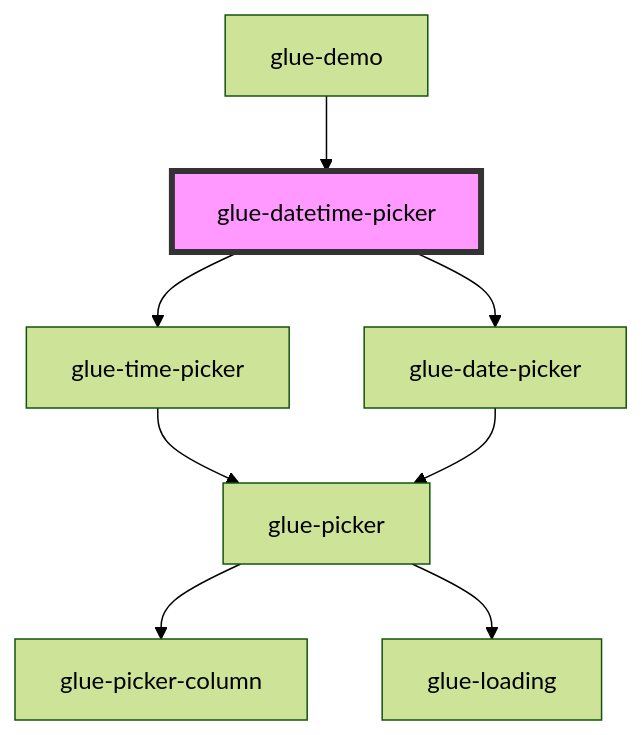
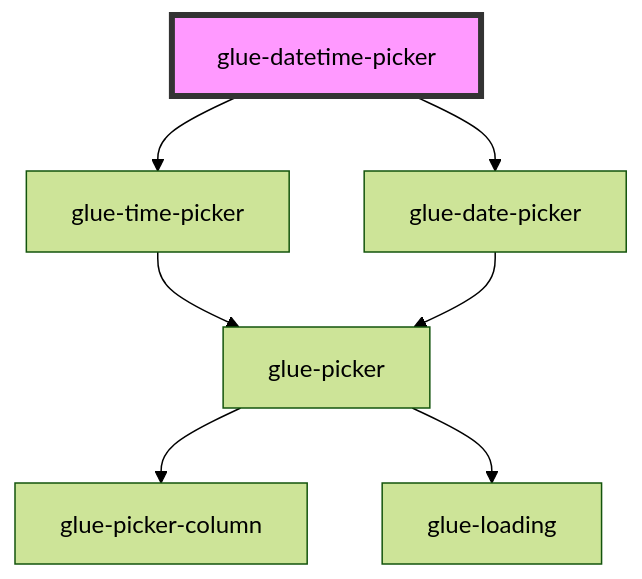
The diagram in packages/glue-components/src/components/glue-datetime-picker/readme.md (grasilife/glue), drawn with Mermaid (forest theme) before and after one commit. The commit also changed other lines of this file and 5 other files, not shown here.

````diff
--- a/packages/glue-components/src/components/glue-datetime-picker/readme.md
+++ b/packages/glue-components/src/components/glue-datetime-picker/readme.md
@@ -47,11 +43,10 @@
 ```mermaid
 graph TD;
   glue-datetime-picker --> glue-time-picker
   glue-datetime-picker --> glue-date-picker
   glue-time-picker --> glue-picker
   glue-picker --> glue-picker-column
   glue-picker --> glue-loading
   glue-date-picker --> glue-picker
-  glue-demo --> glue-datetime-picker
   style glue-datetime-picker fill:#f9f,stroke:#333,stroke-width:4px
 ```
````
